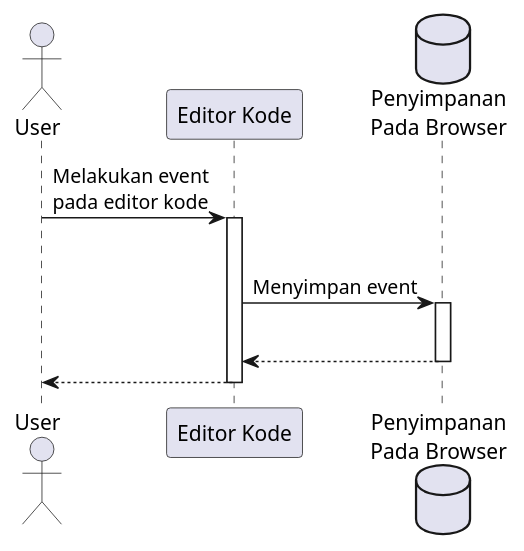
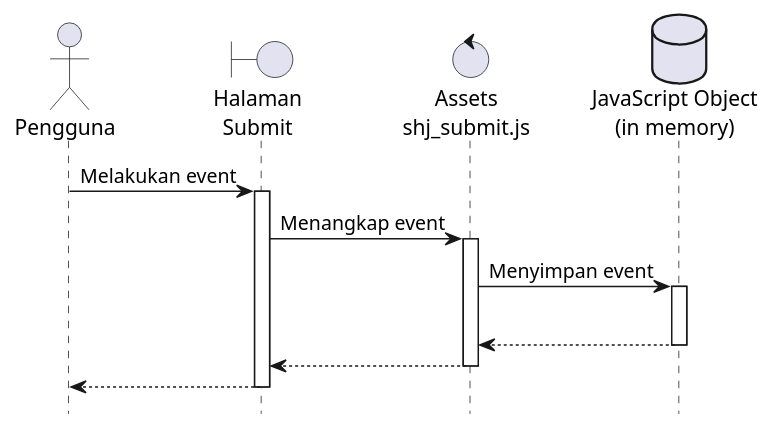
Before and after one commit to AndreasRonaldi/Skripsi: the diagram in doc/DokumenSkripsi/Diagram/3.seqdia_rekam.puml, drawn with PlantUML. The commit also changed 11 other files, not shown here.

Commit message:
[3] add analisis assets and change format diagram to be uml

```diff
--- a/doc/DokumenSkripsi/Diagram/3.seqdia_rekam.puml
+++ b/doc/DokumenSkripsi/Diagram/3.seqdia_rekam.puml
@@ -1,36 +1,44 @@
 @startuml seqdia_rekam
-actor       User       as user
-participant "Editor Kode" as ek
-database "Penyimpanan\nPada Browser" as bw
 
-user -> ek : Melakukan event\npada editor kode
-activate ek
+hide footbox
+
+actor       Pengguna       as user
+boundary "Halaman\nSubmit" as front
+control "Assets\nshj_submit.js" as js
+database "JavaScript Object\n(in memory)" as db
+
+user -> front : Melakukan event
+activate front
+
+front -> js : Menangkap event
+activate js
+
+js -> db : Menyimpan event
+activate db
 |||
+db --> js
+deactivate db
 
-ek -> bw : Menyimpan event
-activate bw
-|||
-bw --> ek
-deactivate bw
+return
+return
 
-
-ek --> user :
-deactivate ek
+' front --> user :
+' deactivate front
 
 
 
 ' participant Participant as Foo
 ' boundary    Boundary    as Foo2
 ' control     Control     as Foo3
 ' entity      Entity      as Foo4
 ' database    Database    as Foo5
 ' collections Collections as Foo6
 ' queue       Queue       as Foo7
 ' Foo -> Foo1 : To actor 
 ' Foo -> Foo2 : To boundary
 ' Foo -> Foo3 : To control
 ' Foo -> Foo4 : To entity
 ' Foo -> Foo5 : To database
 ' Foo -> Foo6 : To collections
 ' Foo -> Foo7: To queue
 @enduml
```
